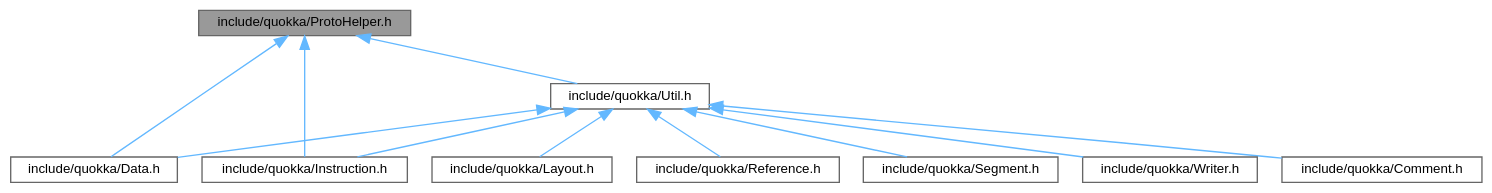
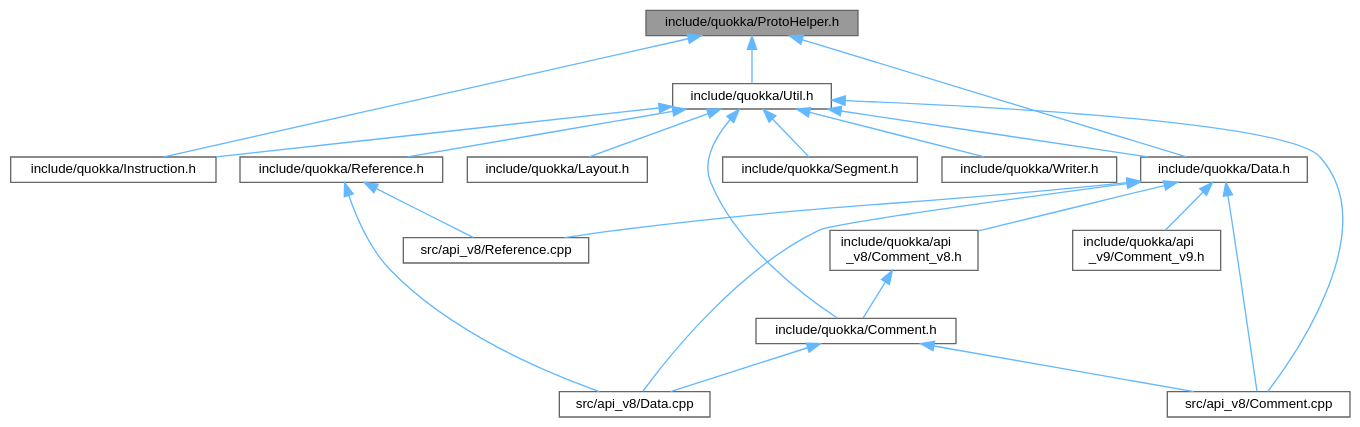
The diagram in reference/cpp/ProtoHelper_8h__dep__incl.dot (quarkslab/quokka), drawn with Graphviz before and after one commit. The commit also changed 83 other files, not shown here.

```diff
--- a/reference/cpp/ProtoHelper_8h__dep__incl.dot
+++ b/reference/cpp/ProtoHelper_8h__dep__incl.dot
@@ -1,26 +1,42 @@
 digraph "include/quokka/ProtoHelper.h"
 {
  // LATEX_PDF_SIZE
   bgcolor="transparent";
   edge [fontname=Helvetica,fontsize=10,labelfontname=Helvetica,labelfontsize=10];
   node [fontname=Helvetica,fontsize=10,shape=box,height=0.2,width=0.4];
   Node1 [id="Node000001",label="include/quokka/ProtoHelper.h",height=0.2,width=0.4,color="gray40", fillcolor="grey60", style="filled", fontcolor="black",tooltip=" "];
   Node1 -> Node2 [id="edge1_Node000001_Node000002",dir="back",color="steelblue1",style="solid",tooltip=" "];
   Node2 [id="Node000002",label="include/quokka/Data.h",height=0.2,width=0.4,color="grey40", fillcolor="white", style="filled",URL="$Data_8h.html",tooltip=" "];
-  Node1 -> Node3 [id="edge2_Node000001_Node000003",dir="back",color="steelblue1",style="solid",tooltip=" "];
-  Node3 [id="Node000003",label="include/quokka/Instruction.h",height=0.2,width=0.4,color="grey40", fillcolor="white", style="filled",URL="$Instruction_8h.html",tooltip=" "];
-  Node1 -> Node4 [id="edge3_Node000001_Node000004",dir="back",color="steelblue1",style="solid",tooltip=" "];
-  Node4 [id="Node000004",label="include/quokka/Util.h",height=0.2,width=0.4,color="grey40", fillcolor="white", style="filled",URL="$Util_8h.html",tooltip=" "];
+  Node2 -> Node3 [id="edge2_Node000002_Node000003",dir="back",color="steelblue1",style="solid",tooltip=" "];
+  Node3 [id="Node000003",label="include/quokka/api\l_v8/Comment_v8.h",height=0.2,width=0.4,color="grey40", fillcolor="white", style="filled",URL="$Comment__v8_8h_source.html",tooltip=" "];
+  Node3 -> Node4 [id="edge3_Node000003_Node000004",dir="back",color="steelblue1",style="solid",tooltip=" "];
+  Node4 [id="Node000004",label="include/quokka/Comment.h",height=0.2,width=0.4,color="grey40", fillcolor="white", style="filled",URL="$Comment_8h.html",tooltip=" "];
   Node4 -> Node5 [id="edge4_Node000004_Node000005",dir="back",color="steelblue1",style="solid",tooltip=" "];
-  Node5 [id="Node000005",label="include/quokka/Comment.h",height=0.2,width=0.4,color="grey40", fillcolor="white", style="filled",URL="$Comment_8h.html",tooltip=" "];
-  Node4 -> Node2 [id="edge5_Node000004_Node000002",dir="back",color="steelblue1",style="solid",tooltip=" "];
-  Node4 -> Node3 [id="edge6_Node000004_Node000003",dir="back",color="steelblue1",style="solid",tooltip=" "];
-  Node4 -> Node6 [id="edge7_Node000004_Node000006",dir="back",color="steelblue1",style="solid",tooltip=" "];
-  Node6 [id="Node000006",label="include/quokka/Layout.h",height=0.2,width=0.4,color="grey40", fillcolor="white", style="filled",URL="$Layout_8h.html",tooltip=" "];
-  Node4 -> Node7 [id="edge8_Node000004_Node000007",dir="back",color="steelblue1",style="solid",tooltip=" "];
-  Node7 [id="Node000007",label="include/quokka/Reference.h",height=0.2,width=0.4,color="grey40", fillcolor="white", style="filled",URL="$Reference_8h.html",tooltip=" "];
-  Node4 -> Node8 [id="edge9_Node000004_Node000008",dir="back",color="steelblue1",style="solid",tooltip=" "];
-  Node8 [id="Node000008",label="include/quokka/Segment.h",height=0.2,width=0.4,color="grey40", fillcolor="white", style="filled",URL="$Segment_8h.html",tooltip=" "];
-  Node4 -> Node9 [id="edge10_Node000004_Node000009",dir="back",color="steelblue1",style="solid",tooltip=" "];
-  Node9 [id="Node000009",label="include/quokka/Writer.h",height=0.2,width=0.4,color="grey40", fillcolor="white", style="filled",URL="$Writer_8h.html",tooltip=" "];
+  Node5 [id="Node000005",label="src/api_v8/Comment.cpp",height=0.2,width=0.4,color="grey40", fillcolor="white", style="filled",URL="$api__v8_2Comment_8cpp_source.html",tooltip=" "];
+  Node4 -> Node6 [id="edge5_Node000004_Node000006",dir="back",color="steelblue1",style="solid",tooltip=" "];
+  Node6 [id="Node000006",label="src/api_v8/Data.cpp",height=0.2,width=0.4,color="grey40", fillcolor="white", style="filled",URL="$api__v8_2Data_8cpp_source.html",tooltip=" "];
+  Node2 -> Node7 [id="edge6_Node000002_Node000007",dir="back",color="steelblue1",style="solid",tooltip=" "];
+  Node7 [id="Node000007",label="include/quokka/api\l_v9/Comment_v9.h",height=0.2,width=0.4,color="grey40", fillcolor="white", style="filled",URL="$Comment__v9_8h.html",tooltip=" "];
+  Node2 -> Node5 [id="edge7_Node000002_Node000005",dir="back",color="steelblue1",style="solid",tooltip=" "];
+  Node2 -> Node6 [id="edge8_Node000002_Node000006",dir="back",color="steelblue1",style="solid",tooltip=" "];
+  Node2 -> Node8 [id="edge9_Node000002_Node000008",dir="back",color="steelblue1",style="solid",tooltip=" "];
+  Node8 [id="Node000008",label="src/api_v8/Reference.cpp",height=0.2,width=0.4,color="grey40", fillcolor="white", style="filled",URL="$api__v8_2Reference_8cpp_source.html",tooltip=" "];
+  Node1 -> Node9 [id="edge10_Node000001_Node000009",dir="back",color="steelblue1",style="solid",tooltip=" "];
+  Node9 [id="Node000009",label="include/quokka/Instruction.h",height=0.2,width=0.4,color="grey40", fillcolor="white", style="filled",URL="$Instruction_8h.html",tooltip=" "];
+  Node1 -> Node10 [id="edge11_Node000001_Node000010",dir="back",color="steelblue1",style="solid",tooltip=" "];
+  Node10 [id="Node000010",label="include/quokka/Util.h",height=0.2,width=0.4,color="grey40", fillcolor="white", style="filled",URL="$Util_8h.html",tooltip=" "];
+  Node10 -> Node4 [id="edge12_Node000010_Node000004",dir="back",color="steelblue1",style="solid",tooltip=" "];
+  Node10 -> Node2 [id="edge13_Node000010_Node000002",dir="back",color="steelblue1",style="solid",tooltip=" "];
+  Node10 -> Node9 [id="edge14_Node000010_Node000009",dir="back",color="steelblue1",style="solid",tooltip=" "];
+  Node10 -> Node11 [id="edge15_Node000010_Node000011",dir="back",color="steelblue1",style="solid",tooltip=" "];
+  Node11 [id="Node000011",label="include/quokka/Layout.h",height=0.2,width=0.4,color="grey40", fillcolor="white", style="filled",URL="$Layout_8h.html",tooltip=" "];
+  Node10 -> Node12 [id="edge16_Node000010_Node000012",dir="back",color="steelblue1",style="solid",tooltip=" "];
+  Node12 [id="Node000012",label="include/quokka/Reference.h",height=0.2,width=0.4,color="grey40", fillcolor="white", style="filled",URL="$Reference_8h.html",tooltip=" "];
+  Node12 -> Node6 [id="edge17_Node000012_Node000006",dir="back",color="steelblue1",style="solid",tooltip=" "];
+  Node12 -> Node8 [id="edge18_Node000012_Node000008",dir="back",color="steelblue1",style="solid",tooltip=" "];
+  Node10 -> Node13 [id="edge19_Node000010_Node000013",dir="back",color="steelblue1",style="solid",tooltip=" "];
+  Node13 [id="Node000013",label="include/quokka/Segment.h",height=0.2,width=0.4,color="grey40", fillcolor="white", style="filled",URL="$Segment_8h.html",tooltip=" "];
+  Node10 -> Node14 [id="edge20_Node000010_Node000014",dir="back",color="steelblue1",style="solid",tooltip=" "];
+  Node14 [id="Node000014",label="include/quokka/Writer.h",height=0.2,width=0.4,color="grey40", fillcolor="white", style="filled",URL="$Writer_8h.html",tooltip=" "];
+  Node10 -> Node5 [id="edge21_Node000010_Node000005",dir="back",color="steelblue1",style="solid",tooltip=" "];
 }
```
